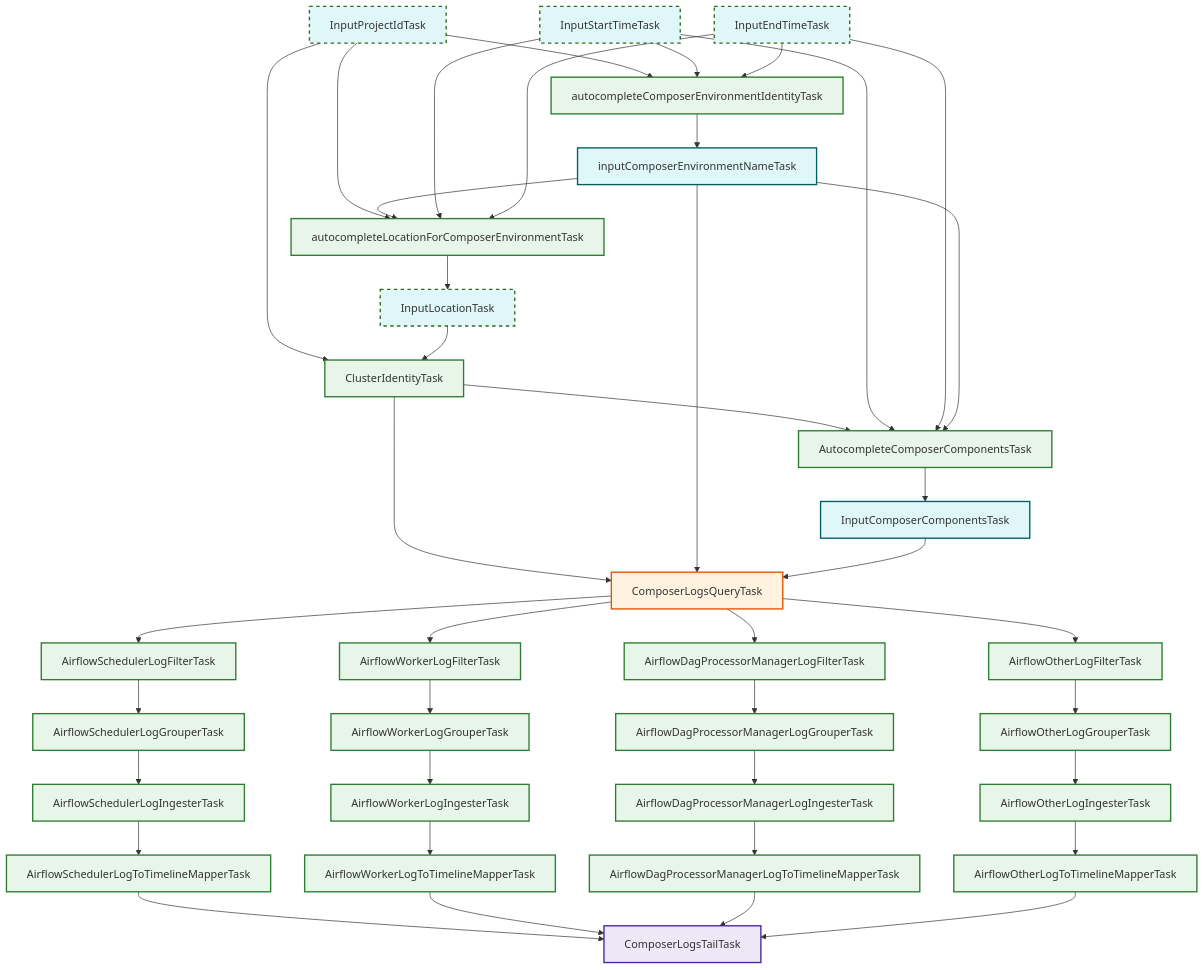
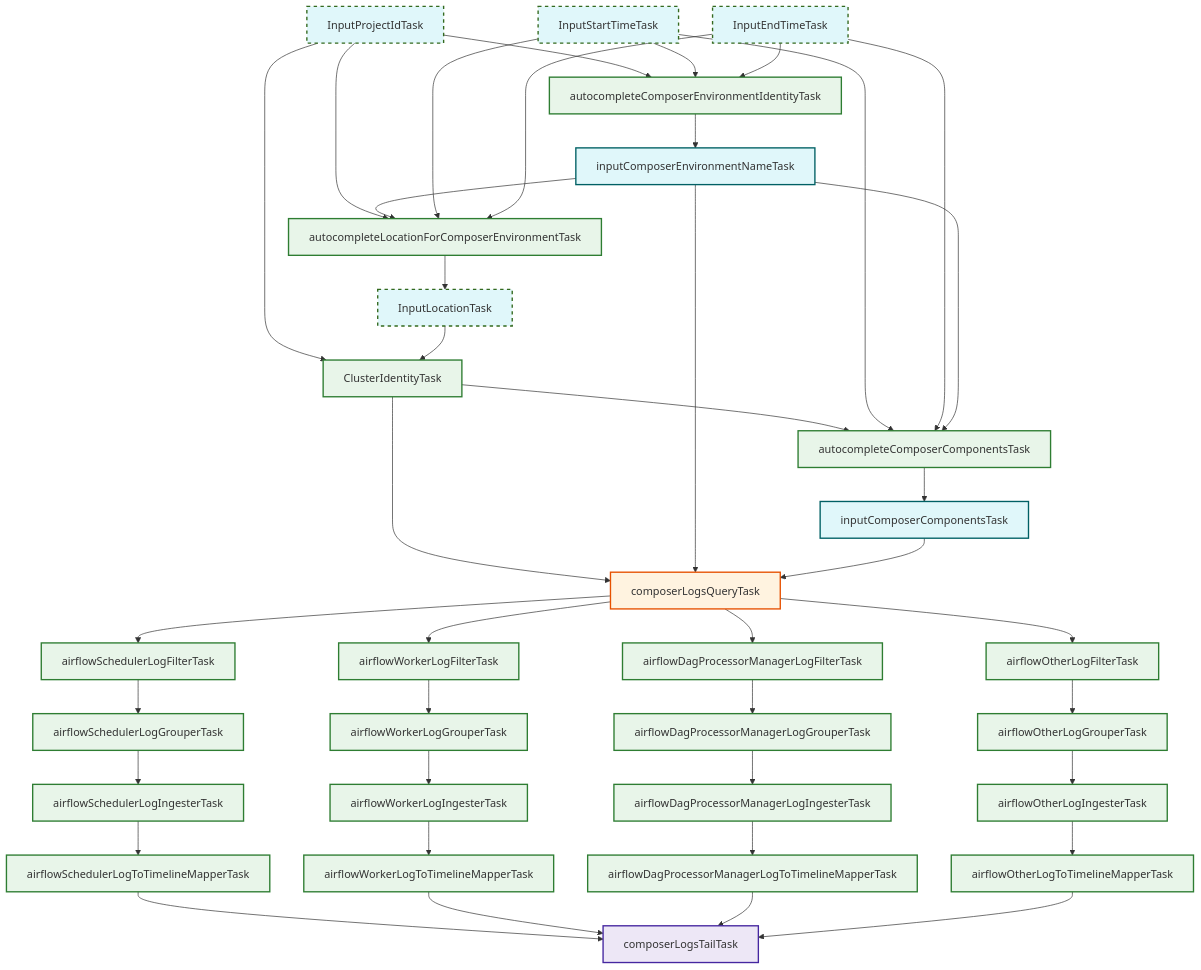
One commit to GoogleCloudPlatform/khi changed the diagram in pkg/task/inspection/googlecloud/composerairflow/README.md. Above: the diagram before and after it, drawn with Mermaid. The commit also changed other lines of this file and 22 other files, not shown here.

```diff
--- a/pkg/task/inspection/googlecloud/composerairflow/README.md
+++ b/pkg/task/inspection/googlecloud/composerairflow/README.md
@@ -65,8 +65,8 @@
     EnvIdentityAuto[autocompleteComposerEnvironmentIdentityTask]:::pipeline
     LocationAuto[autocompleteLocationForComposerEnvironmentTask]:::pipeline
     EnvInput[inputComposerEnvironmentNameTask]:::input
-    CompAuto[AutocompleteComposerComponentsTask]:::pipeline
-    CompInput[InputComposerComponentsTask]:::input
+    CompAuto[autocompleteComposerComponentsTask]:::pipeline
+    CompInput[inputComposerComponentsTask]:::input
 
     %% Dependencies for AutocompleteComposerEnvironmentIdentity
     ProjectIDInput --> EnvIdentityAuto
@@ -98,33 +98,33 @@
     CompAuto --> CompInput
 
     %% Log Fetching
-    ClusterIdentity --> LogQuery[ComposerLogsQueryTask]:::query
+    ClusterIdentity --> LogQuery[composerLogsQueryTask]:::query
     EnvInput --> LogQuery
     CompInput --> LogQuery
 
     %% Pipelines
-    LogQuery --> SchedFilter[AirflowSchedulerLogFilterTask]:::pipeline
-    SchedFilter --> SchedGrouper[AirflowSchedulerLogGrouperTask]:::pipeline
-    SchedGrouper --> SchedIngester[AirflowSchedulerLogIngesterTask]:::pipeline
-    SchedIngester --> SchedMapper[AirflowSchedulerLogToTimelineMapperTask]:::pipeline
+    LogQuery --> SchedFilter[airflowSchedulerLogFilterTask]:::pipeline
+    SchedFilter --> SchedGrouper[airflowSchedulerLogGrouperTask]:::pipeline
+    SchedGrouper --> SchedIngester[airflowSchedulerLogIngesterTask]:::pipeline
+    SchedIngester --> SchedMapper[airflowSchedulerLogToTimelineMapperTask]:::pipeline
 
-    LogQuery --> WorkFilter[AirflowWorkerLogFilterTask]:::pipeline
-    WorkFilter --> WorkGrouper[AirflowWorkerLogGrouperTask]:::pipeline
-    WorkGrouper --> WorkIngester[AirflowWorkerLogIngesterTask]:::pipeline
-    WorkIngester --> WorkMapper[AirflowWorkerLogToTimelineMapperTask]:::pipeline
+    LogQuery --> WorkFilter[airflowWorkerLogFilterTask]:::pipeline
+    WorkFilter --> WorkGrouper[airflowWorkerLogGrouperTask]:::pipeline
+    WorkGrouper --> WorkIngester[airflowWorkerLogIngesterTask]:::pipeline
+    WorkIngester --> WorkMapper[airflowWorkerLogToTimelineMapperTask]:::pipeline
 
-    LogQuery --> DpmFilter[AirflowDagProcessorManagerLogFilterTask]:::pipeline
-    DpmFilter --> DpmGrouper[AirflowDagProcessorManagerLogGrouperTask]:::pipeline
-    DpmGrouper --> DpmIngester[AirflowDagProcessorManagerLogIngesterTask]:::pipeline
-    DpmIngester --> DpmMapper[AirflowDagProcessorManagerLogToTimelineMapperTask]:::pipeline
+    LogQuery --> DpmFilter[airflowDagProcessorManagerLogFilterTask]:::pipeline
+    DpmFilter --> DpmGrouper[airflowDagProcessorManagerLogGrouperTask]:::pipeline
+    DpmGrouper --> DpmIngester[airflowDagProcessorManagerLogIngesterTask]:::pipeline
+    DpmIngester --> DpmMapper[airflowDagProcessorManagerLogToTimelineMapperTask]:::pipeline
 
-    LogQuery --> OtherFilter[AirflowOtherLogFilterTask]:::pipeline
-    OtherFilter --> OtherGrouper[AirflowOtherLogGrouperTask]:::pipeline
-    OtherGrouper --> OtherIngester[AirflowOtherLogIngesterTask]:::pipeline
-    OtherIngester --> OtherMapper[AirflowOtherLogToTimelineMapperTask]:::pipeline
+    LogQuery --> OtherFilter[airflowOtherLogFilterTask]:::pipeline
+    OtherFilter --> OtherGrouper[airflowOtherLogGrouperTask]:::pipeline
+    OtherGrouper --> OtherIngester[airflowOtherLogIngesterTask]:::pipeline
+    OtherIngester --> OtherMapper[airflowOtherLogToTimelineMapperTask]:::pipeline
 
     %% Aggregation
-    SchedMapper --> TailTask[ComposerLogsTailTask]:::tail
+    SchedMapper --> TailTask[composerLogsTailTask]:::tail
     WorkMapper --> TailTask
     DpmMapper --> TailTask
     OtherMapper --> TailTask
```
